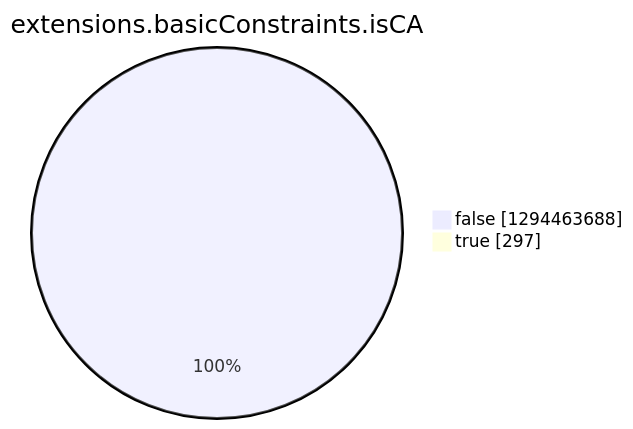
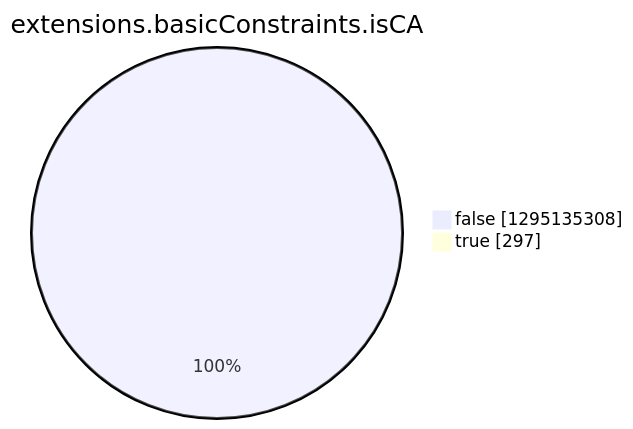
The eighth of 15 diagrams in argon2022/README.md (christiankrug/ctmonitor_visualization), drawn with Mermaid before and after one commit. The commit also changed other lines of this file, not shown here.

````diff
--- a/argon2022/README.md
+++ b/argon2022/README.md
@@ -2756,6 +2756,6 @@
 ```mermaid
 pie showData
 title extensions.basicConstraints.isCA
-"false" :1294463688
+"false" :1295135308
 "true" :297
 ```
````
